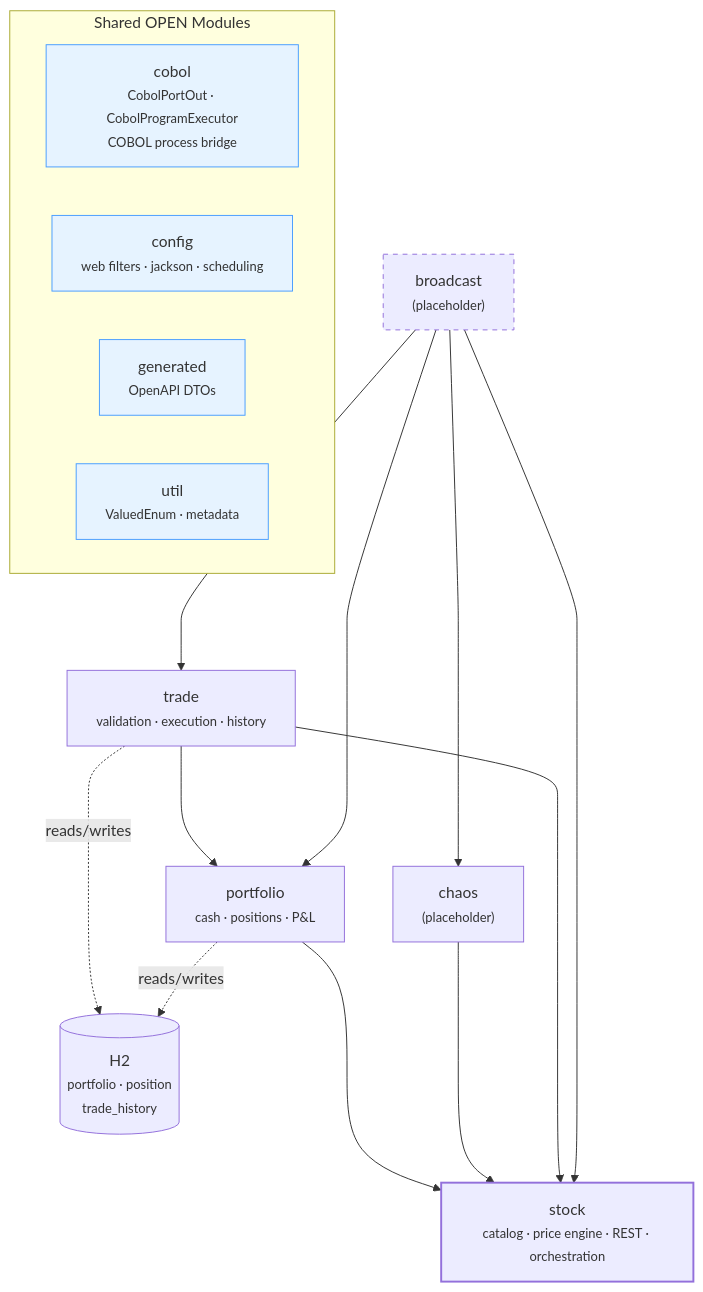
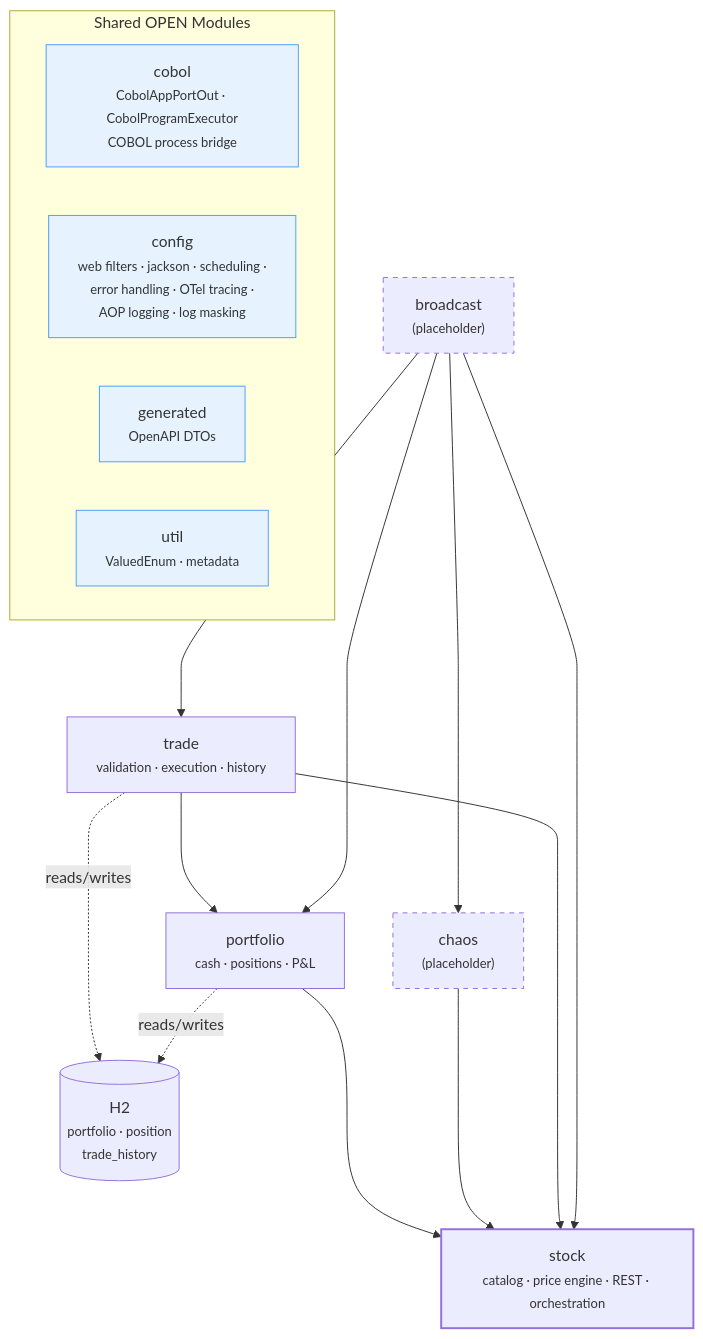
One commit to franBec/stonks-simulator changed the first of 11 diagrams in stonks_java/README.md. Above: the diagram before and after it, drawn with Mermaid. The commit also changed other lines of this file, not shown here.

First line of the commit message:
Update README module architecture diagram and end-to-end flow documentation

````diff
--- a/stonks_java/README.md
+++ b/stonks_java/README.md
@@ -31,36 +33,37 @@
 ```mermaid
 graph TB
     broadcast["broadcast<br/><small>(placeholder)</small>"]
     stock["stock<br/><small>catalog · price engine · REST · orchestration</small>"]
     trade["trade<br/><small>validation · execution · history</small>"]
     chaos["chaos<br/><small>(placeholder)</small>"]
     portfolio["portfolio<br/><small>cash · positions · P&L</small>"]
     db[("H2<br/><small>portfolio · position<br/>trade_history</small>")]
 
     subgraph OPEN ["Shared OPEN Modules"]
-        cobol["cobol<br/><small>CobolPortOut · CobolProgramExecutor<br/>COBOL process bridge</small>"]
-        config["config<br/><small>web filters · jackson · scheduling</small>"]
+        cobol["cobol<br/><small>CobolAppPortOut · CobolProgramExecutor<br/>COBOL process bridge</small>"]
+        config["config<br/><small>web filters · jackson · scheduling ·<br/>error handling · OTel tracing ·<br/>AOP logging · log masking</small>"]
         generated["generated<br/><small>OpenAPI DTOs</small>"]
         util["util<br/><small>ValuedEnum · metadata</small>"]
     end
 
     broadcast ---> stock
     broadcast ---> trade
     broadcast ---> chaos
     broadcast ---> portfolio
 
     trade ---> stock
     trade ---> portfolio
     chaos ---> stock
     portfolio ---> stock
 
     portfolio -.->|reads/writes| db
     trade -.->|reads/writes| db
 
     style stock stroke-width:2px
     style broadcast stroke-dasharray: 5 5
+    style chaos stroke-dasharray: 5 5
     style cobol fill:#e6f3ff,stroke:#4a9eff
     style config fill:#e6f3ff,stroke:#4a9eff
     style generated fill:#e6f3ff,stroke:#4a9eff
     style util fill:#e6f3ff,stroke:#4a9eff
 ```
````
